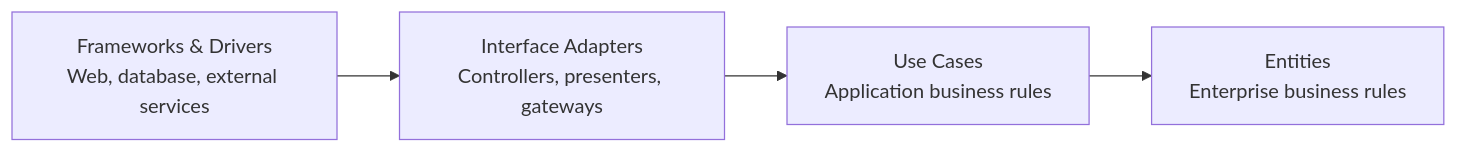
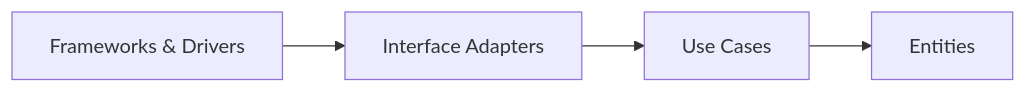
Before and after one commit to nathankim0/clean-architecture-skills: the diagram in README.md, drawn with Mermaid. The commit also changed other lines of this file and 1 other file, not shown here.

````diff
--- a/README.md
+++ b/README.md
@@ -227,8 +204,8 @@
 ```mermaid
 flowchart LR
     accTitle: Clean Architecture dependency direction
-    accDescr: Source code dependencies point inward from Frameworks and Drivers through Interface Adapters and Use Cases to Entities.
-    frameworks["Frameworks & Drivers<br/>Web, database, external services"] --> adapters["Interface Adapters<br/>Controllers, presenters, gateways"]
-    adapters --> usecases["Use Cases<br/>Application business rules"]
-    usecases --> entities["Entities<br/>Enterprise business rules"]
+    accDescr: Source-code dependencies point inward from Frameworks and Drivers through Interface Adapters and Use Cases to Entities.
+    frameworks["Frameworks & Drivers"] --> adapters["Interface Adapters"]
+    adapters --> usecases["Use Cases"]
+    usecases --> entities["Entities"]
 ```
````
